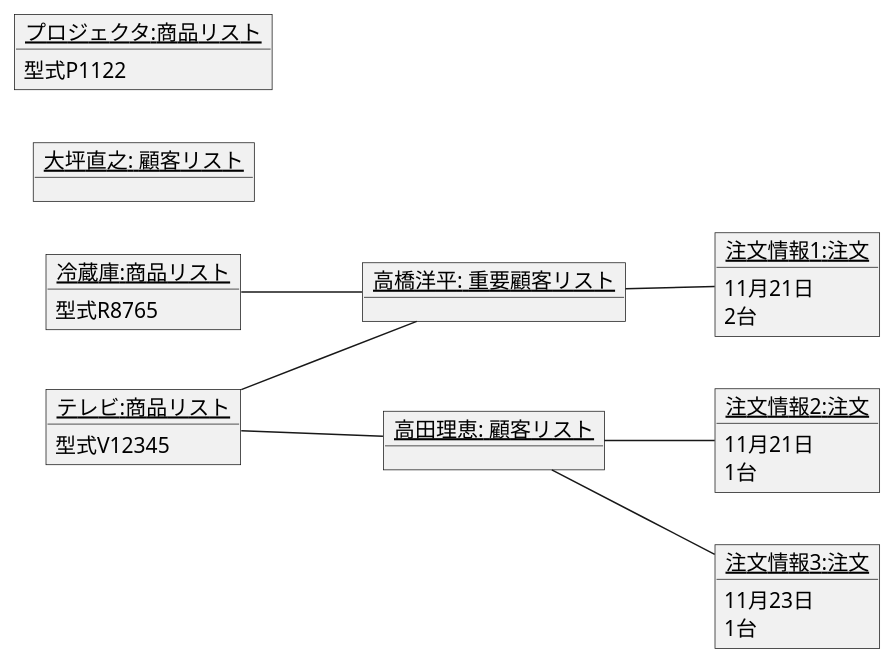
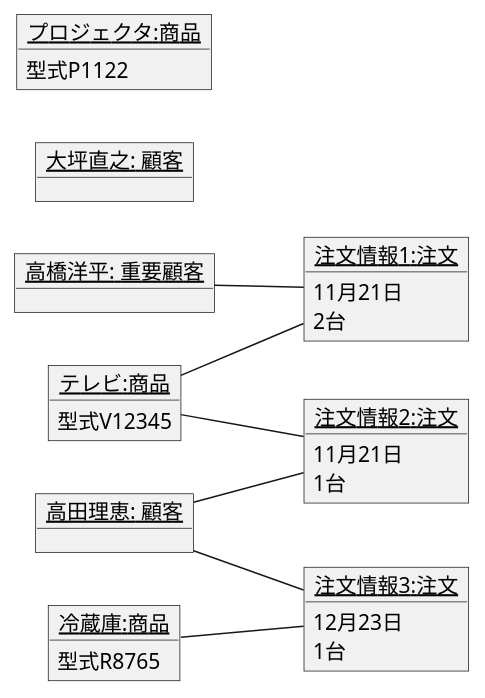
One commit to Ragamn/uml-introduction changed the diagram in 演習3-7_OBJ_注文のオブジェクト図.pu. Above: the diagram before and after it, drawn with PlantUML.

Commit message:
修正

```diff
--- a/演習3-7_OBJ_注文のオブジェクト図.pu
+++ b/演習3-7_OBJ_注文のオブジェクト図.pu
@@ -1,39 +1,39 @@
 @startuml
 left to right direction
-object "<u>高橋洋平: 重要顧客リスト</u>" as c1 {
+object "<u>高橋洋平: 重要顧客</u>" as c1 {
 
 }
-object "<u>高田理恵: 顧客リスト</u>" as c2 {
+object "<u>高田理恵: 顧客</u>" as c2 {
 
 }
-object "<u>大坪直之: 顧客リスト</u>" as c3 {
+object "<u>大坪直之: 顧客</u>" as c3 {
 
 }
-object "<u>注文情報1:注文</u>" as t1 {
+object "<u>注文情報1:注文</u>" as tv1 {
     11月21日
     2台
 }
-object "<u>注文情報2:注文</u>" as t2 {
+object "<u>注文情報2:注文</u>" as re1 {
     11月21日
     1台
 }
-object "<u>注文情報3:注文</u>" as t3 {
-    11月23日
+object "<u>注文情報3:注文</u>" as tv2 {
+    12月23日
     1台
 }
-object "<u>テレビ:商品リスト</u>" as p1 {
+object "<u>テレビ:商品</u>" as p1 {
     型式V12345
 }
-object "<u>冷蔵庫:商品リスト</u>" as p2 {
+object "<u>冷蔵庫:商品</u>" as p2 {
     型式R8765
 }
-object "<u>プロジェクタ:商品リスト</u>" as p3 {
+object "<u>プロジェクタ:商品</u>" as p3 {
     型式P1122
 }
-p1 -- c1
-p1 -- c2
-p2 -- c1
-c1 -- t1
-c2 -- t2
-c2 -- t3
+c1 -- tv1
+c2 -- re1
+c2 -- tv2
+p1 -- tv1
+p1 -- re1
+p2 -- tv2
 @enduml
```
